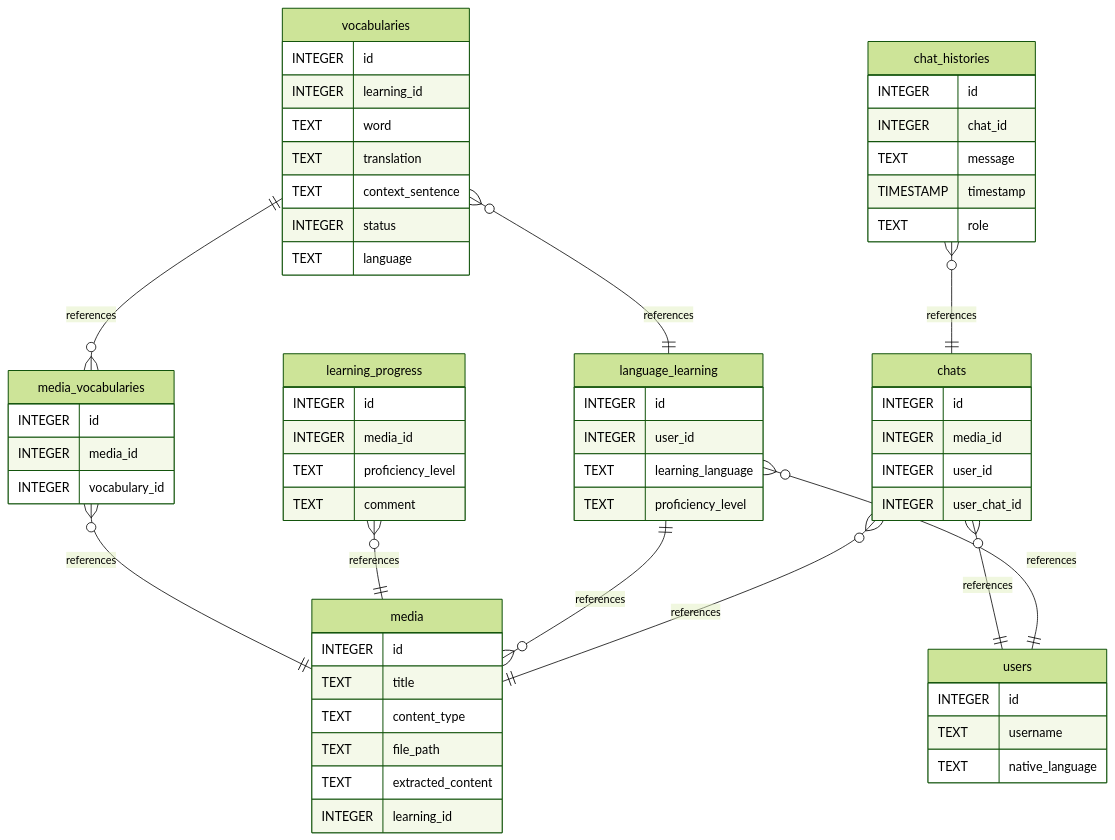
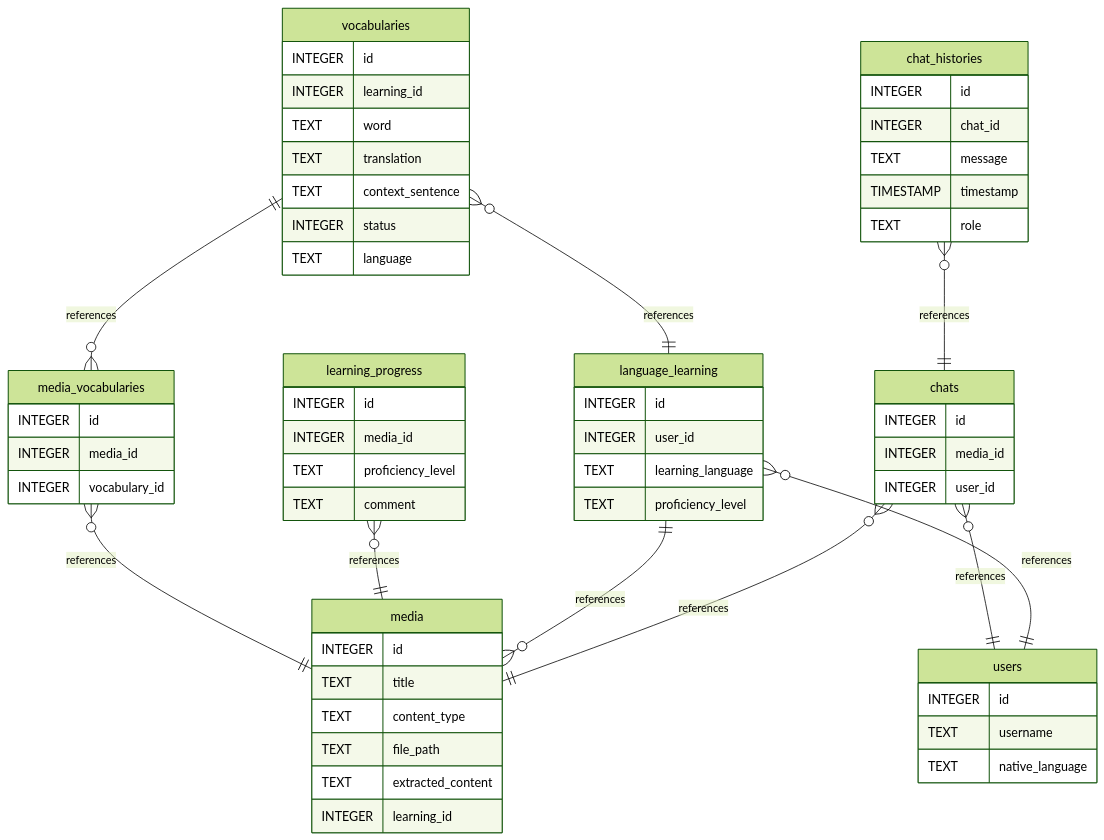
The second of 2 diagrams in README.md (BurkhardtJan/Dengwa-AI), drawn with Mermaid (forest theme) before and after one commit. The commit also changed other lines of this file and 4 other files, not shown here.

Commit message:
Minor fixes, added architecture

````diff
--- a/README.md
+++ b/README.md
@@ -42,65 +140,71 @@
 ```mermaid
 erDiagram
-	chat_histories }o--|| chats : references
-	chats }o--|| media : references
-	language_learning }o--|| users : references
-	language_learning ||--o{ media : references
-	learning_progress }o--|| media : references
-	media_vocabularies }o--|| media : references
-	vocabularies ||--o{ media_vocabularies : references
-	vocabularies }o--|| language_learning : references
-	chats }o--|| users : references
+    chat_histories }o--|| chats: references
+    chats }o--|| media: references
+    language_learning }o--|| users: references
+    language_learning ||--o{ media: references
+    learning_progress }o--|| media: references
+    media_vocabularies }o--|| media: references
+    vocabularies ||--o{ media_vocabularies: references
+    vocabularies }o--|| language_learning: references
+    chats }o--|| users: references
 
-	users {
-		INTEGER id
-		TEXT username
-		TEXT native_language
-	}
-	media {
-		INTEGER id
-		TEXT title
-		TEXT content_type
-		TEXT file_path
-		TEXT extracted_content
-		INTEGER learning_id
-	}
-	vocabularies {
-		INTEGER id
-		INTEGER learning_id
-		TEXT word
-		TEXT translation
-		TEXT context_sentence
-		INTEGER status
-		TEXT language
-	}
-	chats {
-		INTEGER id
-		INTEGER media_id
-		INTEGER user_id
-		INTEGER user_chat_id
-	}
-	chat_histories {
-		INTEGER id
-		INTEGER chat_id
-		TEXT message
-		TIMESTAMP timestamp
-		TEXT role
-	}
-	language_learning {
-		INTEGER id
-		INTEGER user_id
-		TEXT learning_language
-		TEXT proficiency_level
-	}
-	learning_progress {
-		INTEGER id
-		INTEGER media_id
-		TEXT proficiency_level
-		TEXT comment
-	}
-	media_vocabularies {
-		INTEGER id
-		INTEGER media_id
-		INTEGER vocabulary_id
-	}
+    users {
+        INTEGER id
+        TEXT username
+        TEXT native_language
+    }
+
+    media {
+        INTEGER id
+        TEXT title
+        TEXT content_type
+        TEXT file_path
+        TEXT extracted_content
+        INTEGER learning_id
+    }
+
+    vocabularies {
+        INTEGER id
+        INTEGER learning_id
+        TEXT word
+        TEXT translation
+        TEXT context_sentence
+        INTEGER status
+        TEXT language
+    }
+
+    chats {
+        INTEGER id
+        INTEGER media_id
+        INTEGER user_id
+    }
+
+    chat_histories {
+        INTEGER id
+        INTEGER chat_id
+        TEXT message
+        TIMESTAMP timestamp
+        TEXT role
+    }
+
+    language_learning {
+        INTEGER id
+        INTEGER user_id
+        TEXT learning_language
+        TEXT proficiency_level
+    }
+
+    learning_progress {
+        INTEGER id
+        INTEGER media_id
+        TEXT proficiency_level
+        TEXT comment
+    }
+
+    media_vocabularies {
+        INTEGER id
+        INTEGER media_id
+        INTEGER vocabulary_id
+    }
 ```
````
